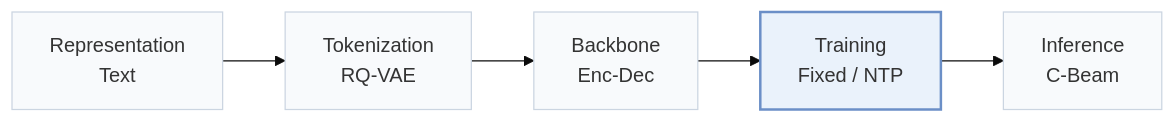
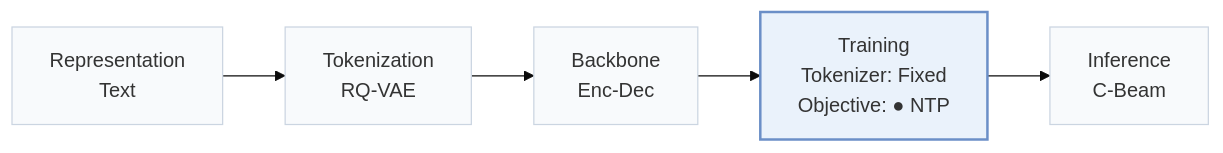
One commit to Galaxy-ghost/Awesome-SID-Generative-Rec changed the first of 2 diagrams in pages/papers/token-weighted.md. Above: the diagram before and after it, drawn with Mermaid (base theme). The commit also changed other lines of this file and 558 other files, not shown here.

````diff
--- a/pages/papers/token-weighted.md
+++ b/pages/papers/token-weighted.md
@@ -15,8 +18,8 @@
 ```mermaid
 flowchart LR
-    R["Representation<br/>Text"] --> T["Tokenization<br/>RQ-VAE"] --> B["Backbone<br/>Enc-Dec"] --> TR["Training<br/>Fixed / NTP"] --> I["Inference<br/>C-Beam"]
+    R["Representation<br/>Text"] --> T["Tokenization<br/>RQ-VAE"] --> B["Backbone<br/>Enc-Dec"] --> TR["Training<br/>Tokenizer: Fixed<br/>Objective: ● NTP"] --> I["Inference<br/>C-Beam"]
     classDef base fill:#f8fafc,stroke:#cbd5e1
     class R,T,B,TR,I base
     classDef main fill:#eaf2fb,stroke:#6b8fc7,stroke-width:2px
     class TR main
 ```
````
